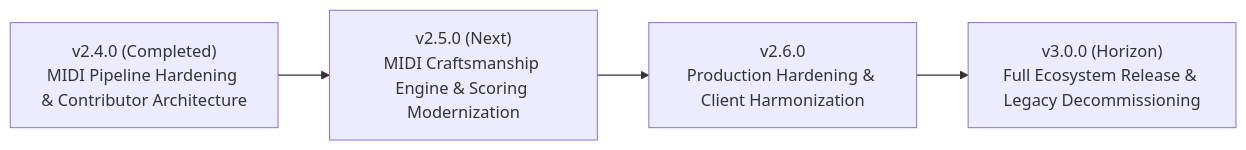
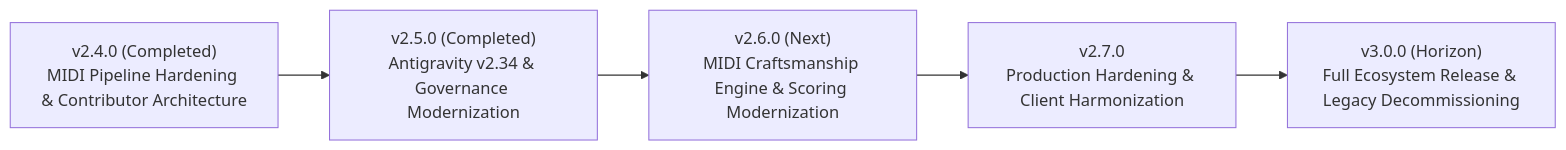
One commit to artibyrd/powercord changed the diagram in ROADMAP.md. Above: the diagram before and after it, drawn with Mermaid. The commit also changed other lines of this file and 28 other files, not shown here.

````diff
--- a/ROADMAP.md
+++ b/ROADMAP.md
@@ -19,6 +18,7 @@
 ```mermaid
 graph LR
-    V24["v2.4.0 (Completed)<br/>MIDI Pipeline Hardening & Contributor Architecture"] --> V25["v2.5.0 (Next)<br/>MIDI Craftsmanship Engine & Scoring Modernization"]
-    V25 --> V26["v2.6.0<br/>Production Hardening & Client Harmonization"]
-    V26 --> V30["v3.0.0 (Horizon)<br/>Full Ecosystem Release & Legacy Decommissioning"]
+    V24["v2.4.0 (Completed)<br/>MIDI Pipeline Hardening & Contributor Architecture"] --> V25["v2.5.0 (Completed)<br/>Antigravity v2.34 & Governance Modernization"]
+    V25 --> V26["v2.6.0 (Next)<br/>MIDI Craftsmanship Engine & Scoring Modernization"]
+    V26 --> V27["v2.7.0<br/>Production Hardening & Client Harmonization"]
+    V27 --> V30["v3.0.0 (Horizon)<br/>Full Ecosystem Release & Legacy Decommissioning"]
 ```
````
